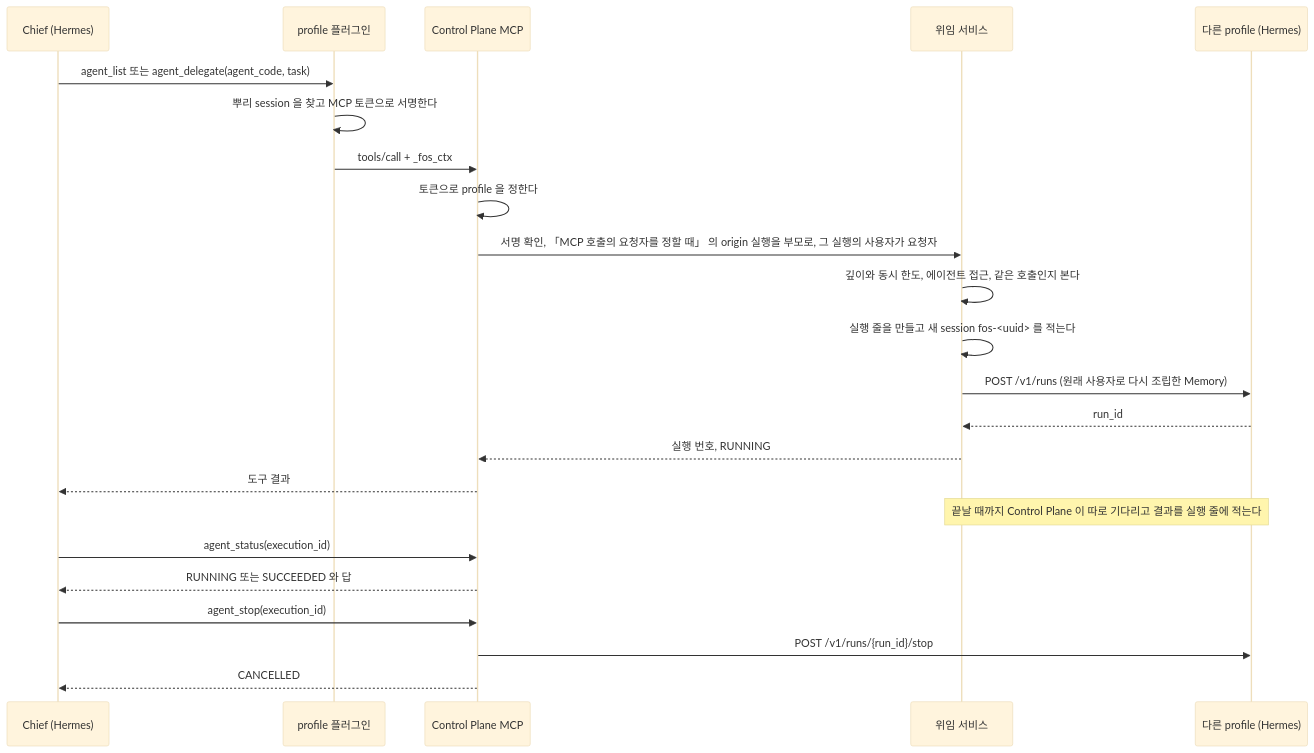
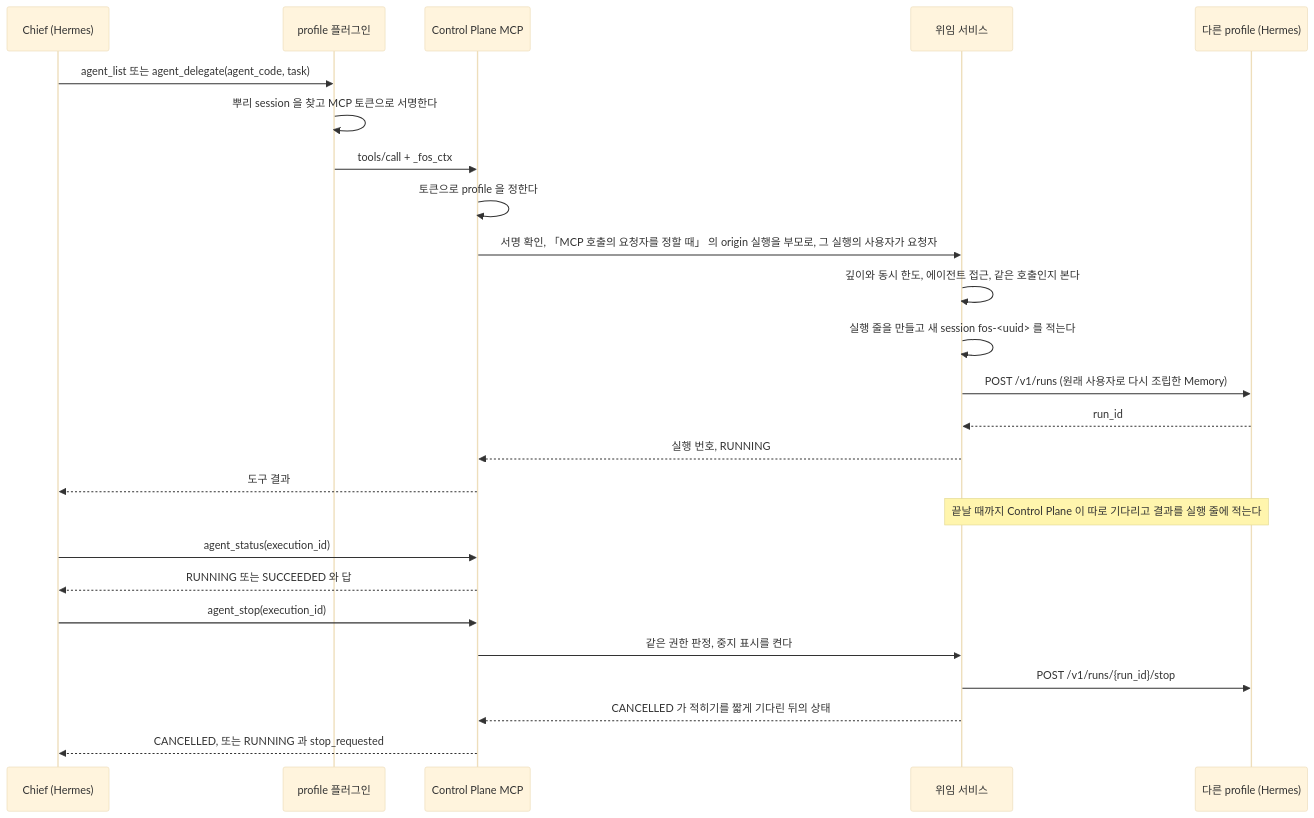
Before and after one commit to jon890/fos-assistant: diagram 21 of 26 in docs/flow.md, drawn with Mermaid (base theme). The commit also changed other lines of this file and 17 other files, not shown here.

````diff
--- a/docs/flow.md
+++ b/docs/flow.md
@@ -1300,26 +1300,28 @@
 ```mermaid
 sequenceDiagram
     participant C as Chief (Hermes)
     participant P as profile 플러그인
     participant M as Control Plane MCP
     participant D as 위임 서비스
     participant H as 다른 profile (Hermes)
 
     C->>P: agent_list 또는 agent_delegate(agent_code, task)
     P->>P: 뿌리 session 을 찾고 MCP 토큰으로 서명한다
     P->>M: tools/call + _fos_ctx
     M->>M: 토큰으로 profile 을 정한다
     M->>D: 서명 확인, 「MCP 호출의 요청자를 정할 때」 의 origin 실행을 부모로, 그 실행의 사용자가 요청자
     D->>D: 깊이와 동시 한도, 에이전트 접근, 같은 호출인지 본다
     D->>D: 실행 줄을 만들고 새 session fos-<uuid> 를 적는다
     D->>H: POST /v1/runs (원래 사용자로 다시 조립한 Memory)
     H-->>D: run_id
     D-->>M: 실행 번호, RUNNING
     M-->>C: 도구 결과
     Note over D,H: 끝날 때까지 Control Plane 이 따로 기다리고 결과를 실행 줄에 적는다
     C->>M: agent_status(execution_id)
     M-->>C: RUNNING 또는 SUCCEEDED 와 답
     C->>M: agent_stop(execution_id)
-    M->>H: POST /v1/runs/{run_id}/stop
-    M-->>C: CANCELLED
+    M->>D: 같은 권한 판정, 중지 표시를 켠다
+    D->>H: POST /v1/runs/{run_id}/stop
+    D-->>M: CANCELLED 가 적히기를 짧게 기다린 뒤의 상태
+    M-->>C: CANCELLED, 또는 RUNNING 과 stop_requested
 ```
````
